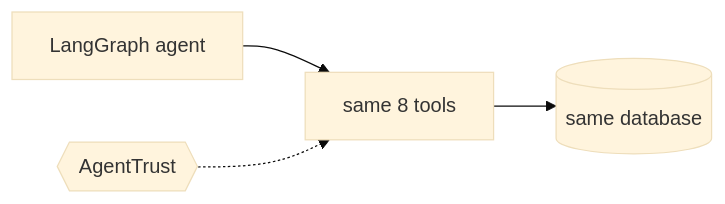
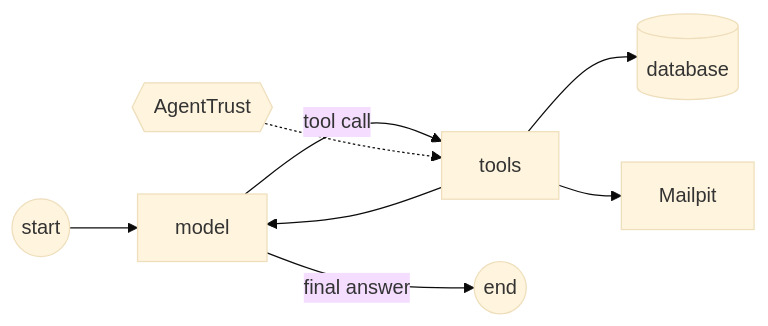
One commit to agent-trust-os/refund-agent-tutorial changed the diagram in frameworks/langgraph/README.md. Above: the diagram before and after it, drawn with Mermaid (base theme). The commit also changed other lines of this file and 76 other files, not shown here.

First line of the commit message:
feat: Refund Bot on LangGraph, a standalone app with a graph, LangChain tools and an end-to-end test

````diff
--- a/frameworks/langgraph/README.md
+++ b/frameworks/langgraph/README.md
@@ -5,6 +7,10 @@
 ```mermaid
 flowchart LR
-    LG[LangGraph agent] --> T[same 8 tools]
-    T --> DB[(same database)]
+    S((start)) --> M[model]
+    M -->|tool call| T[tools]
+    T --> M
+    M -->|final answer| E((end))
+    T --> DB[(database)]
+    T --> MP[Mailpit]
     AT{{AgentTrust}} -.-> T
 ```
````
